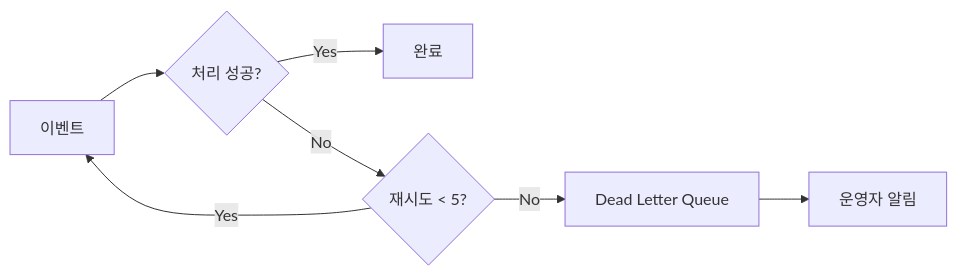
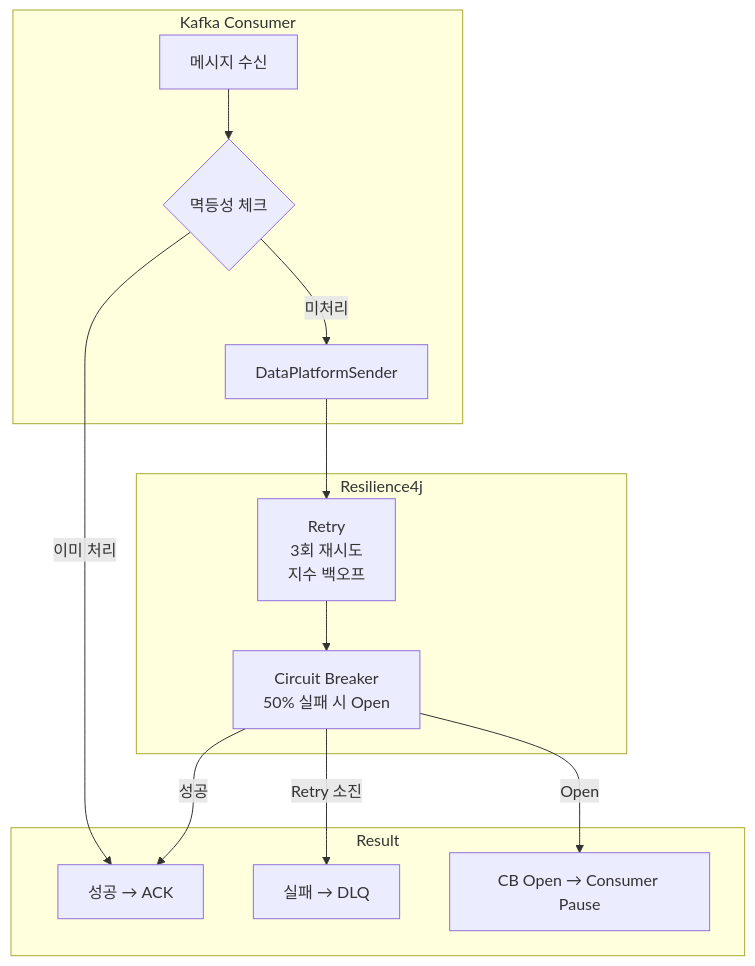
The tenth of 11 diagrams in ecommerce/docs/TRANSACTION_DIAGNOSIS.md (jay05410/hanghae10-for-study), drawn with Mermaid before and after one commit. The commit also changed other lines of this file, not shown here.

````diff
--- a/ecommerce/docs/TRANSACTION_DIAGNOSIS.md
+++ b/ecommerce/docs/TRANSACTION_DIAGNOSIS.md
@@ -317,9 +317,28 @@
 ```mermaid
-graph LR
-    E[이벤트] --> P{처리 성공?}
-    P -->|Yes| C[완료]
-    P -->|No| R{재시도 < 5?}
-    R -->|Yes| E
-    R -->|No| DLQ[Dead Letter Queue]
-    DLQ --> Alert[운영자 알림]
+graph TB
+    subgraph Consumer["Kafka Consumer"]
+        MSG[메시지 수신]
+        IDEM{멱등성 체크}
+        SEND[DataPlatformSender]
+    end
+
+    subgraph Resilience4j
+        RETRY[Retry<br/>3회 재시도<br/>지수 백오프]
+        CB[Circuit Breaker<br/>50% 실패 시 Open]
+    end
+
+    subgraph Result
+        OK[성공 → ACK]
+        DLQ[실패 → DLQ]
+        PAUSE[CB Open → Consumer Pause]
+    end
+
+    MSG --> IDEM
+    IDEM -->|이미 처리| OK
+    IDEM -->|미처리| SEND
+    SEND --> RETRY
+    RETRY --> CB
+    CB -->|성공| OK
+    CB -->|Retry 소진| DLQ
+    CB -->|Open| PAUSE
 ```
````
